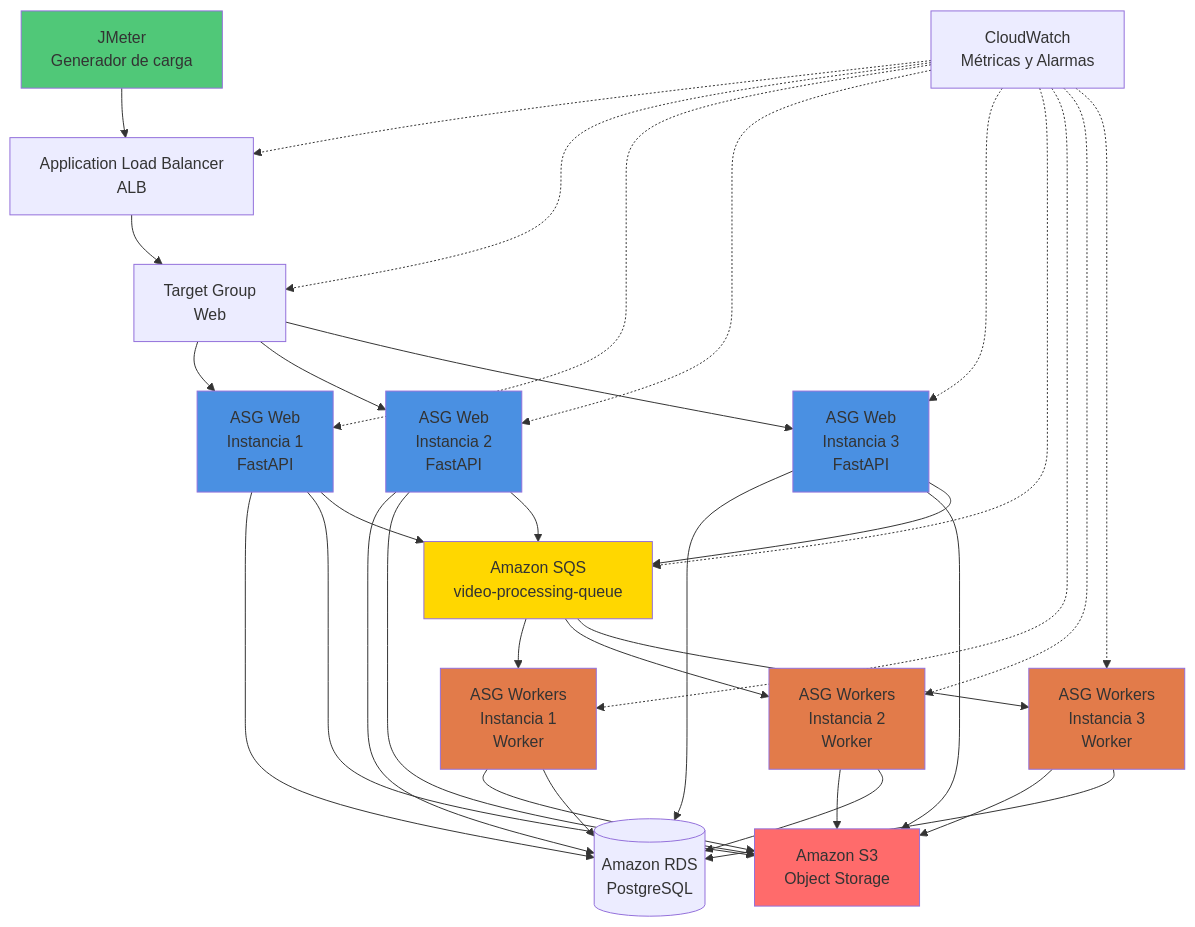
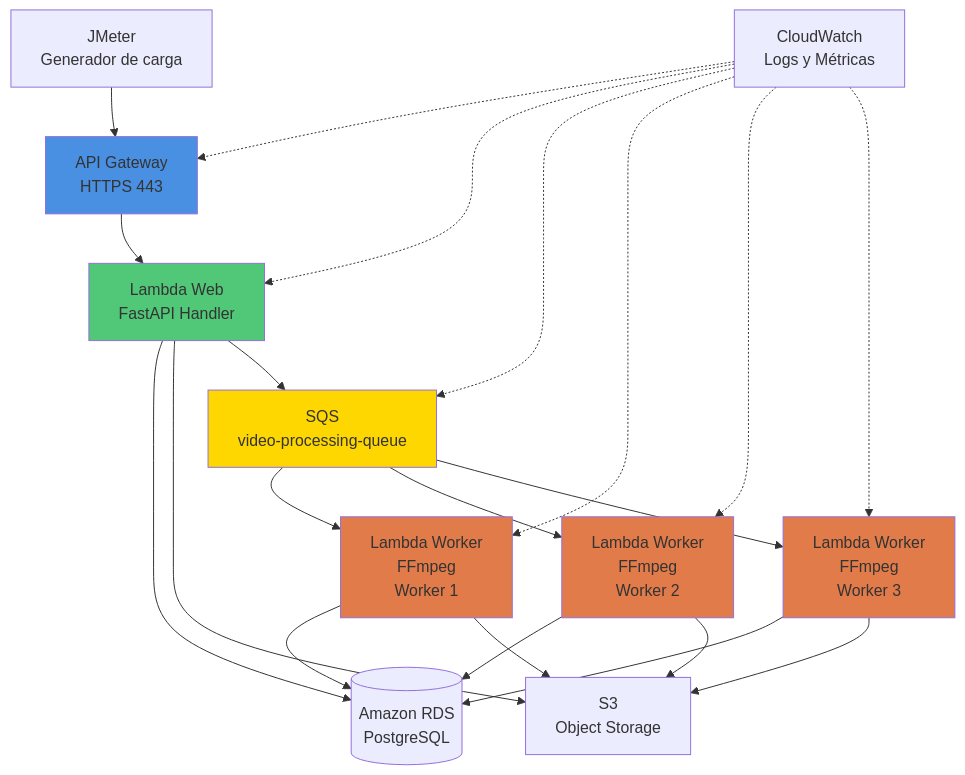
The diagram in capacity-planning/plan_de_pruebas.md (dso-uniandes/desarrollo-de-software-en-la-nube), drawn with Mermaid before and after one commit. The commit also changed other lines of this file and 1 other file, not shown here.

Commit message:
Last release (#102)
* test plan

* video

````diff
--- a/capacity-planning/plan_de_pruebas.md
+++ b/capacity-planning/plan_de_pruebas.md
@@ -223,52 +221,39 @@
 ```mermaid
 graph TD
-  A[JMeter<br/>Generador de carga] --> B[Application Load Balancer<br/>ALB]
-  B --> C[Target Group<br/>Web]
-  C --> D1[ASG Web<br/>Instancia 1<br/>FastAPI]
-  C --> D2[ASG Web<br/>Instancia 2<br/>FastAPI]
-  C --> D3[ASG Web<br/>Instancia 3<br/>FastAPI]
-  
-  D1 --> E[(Amazon RDS<br/>PostgreSQL)]
-  D2 --> E
-  D3 --> E
-  
-  D1 --> F[Amazon S3<br/>Object Storage]
-  D2 --> F
-  D3 --> F
-  
-  D1 --> G[Amazon SQS<br/>video-processing-queue]
-  D2 --> G
-  D3 --> G
-  
-  G --> H1[ASG Workers<br/>Instancia 1<br/>Worker]
-  G --> H2[ASG Workers<br/>Instancia 2<br/>Worker]
-  G --> H3[ASG Workers<br/>Instancia 3<br/>Worker]
-  
-  H1 --> F
-  H2 --> F
-  H3 --> F
-  
-  H1 --> E
-  H2 --> E
-  H3 --> E
-  
-  J[CloudWatch<br/>Métricas y Alarmas] -.-> B
-  J -.-> C
-  J -.-> D1
-  J -.-> D2
-  J -.-> D3
-  J -.-> G
-  J -.-> H1
-  J -.-> H2
-  J -.-> H3
-  
-  style D1 fill:#4A90E2
-  style D2 fill:#4A90E2
-  style D3 fill:#4A90E2
-  style H1 fill:#E27B4A
-  style H2 fill:#E27B4A
-  style H3 fill:#E27B4A
-  style A fill:#50C878
-  style G fill:#FFD700
-  style F fill:#FF6B6B
+
+  A[JMeter<br/>Generador de carga] --> B[API Gateway<br/>HTTPS 443]
+  B --> C[Lambda Web<br/>FastAPI Handler]
+
+  C --> D[(Amazon RDS<br/>PostgreSQL)]
+  C --> E[S3<br/>Object Storage]
+
+  %% Worker path
+  C --> F[SQS<br/>video-processing-queue]
+
+  F --> G1[Lambda Worker<br/>FFmpeg<br/>Worker 1]
+  F --> G2[Lambda Worker<br/>FFmpeg<br/>Worker 2]
+  F --> G3[Lambda Worker<br/>FFmpeg<br/>Worker 3]
+
+  G1 --> D
+  G2 --> D
+  G3 --> D
+
+  G1 --> E
+  G2 --> E
+  G3 --> E
+
+  H[CloudWatch<br/>Logs y Métricas]
+  H -.-> B
+  H -.-> C
+  H -.-> F
+  H -.-> G1
+  H -.-> G2
+  H -.-> G3
+
+  style B fill:#4A90E2
+  style C fill:#50C878
+  style F fill:#FFD700
+  style G1 fill:#E27B4A
+  style G2 fill:#E27B4A
+  style G3 fill:#E27B4A
 ```
````
